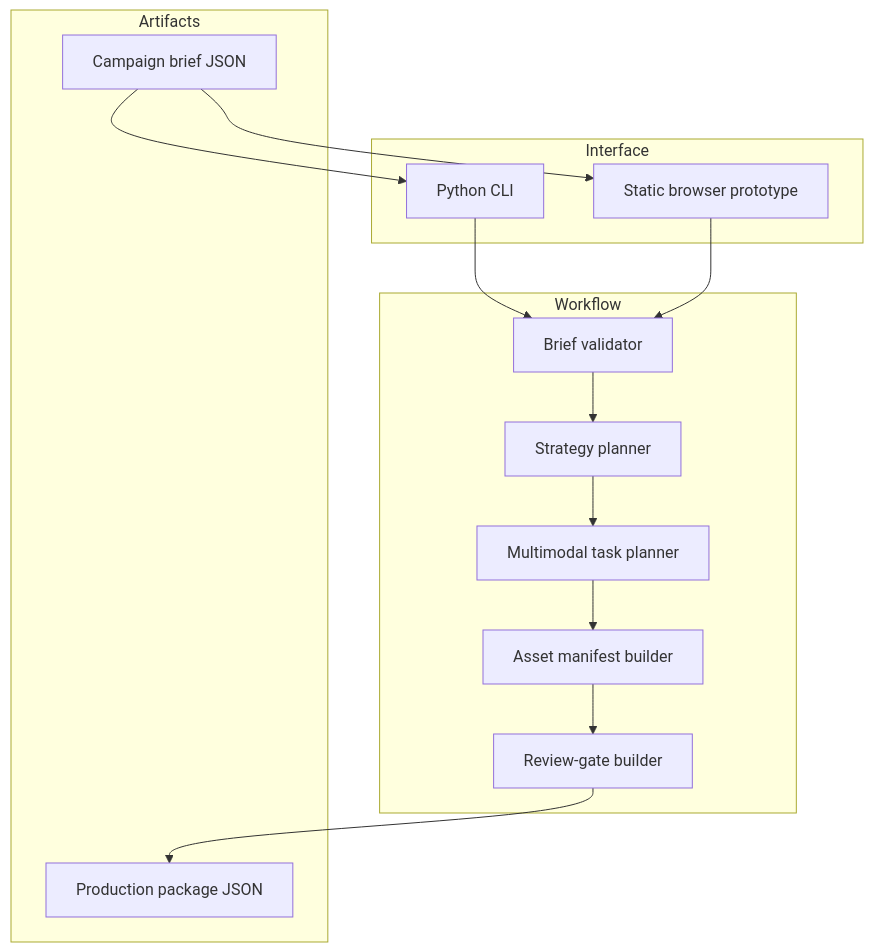
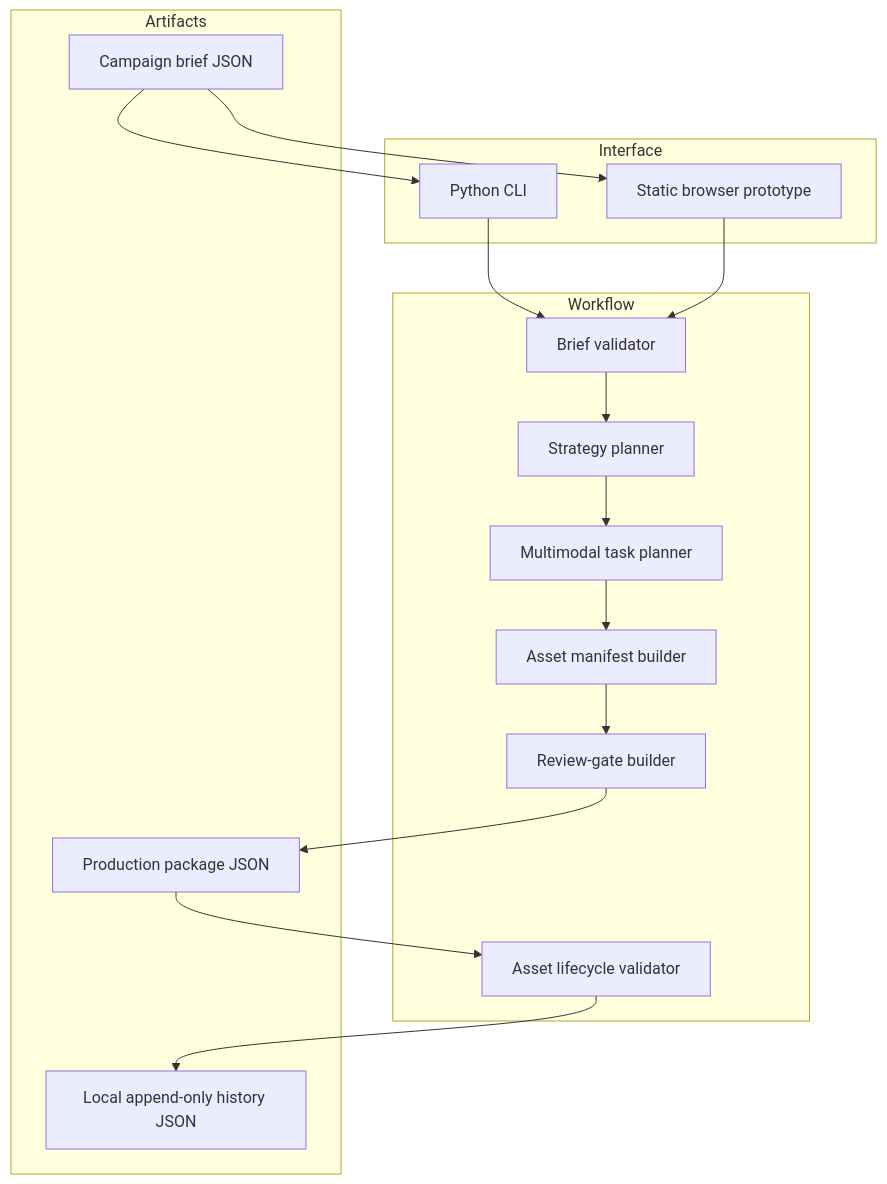
One commit to magicyao2028-pixel/aigc-content-production-studio changed the first of 2 diagrams in docs/ARCHITECTURE.md. Above: the diagram before and after it, drawn with Mermaid. The commit also changed other lines of this file and 17 other files, not shown here.

Commit message:
Add governed asset lifecycle history

````diff
--- a/docs/ARCHITECTURE.md
+++ b/docs/ARCHITECTURE.md
@@ -13,21 +13,24 @@
 ```mermaid
 flowchart TB
     subgraph Interface
       CLI[Python CLI]
       WEB[Static browser prototype]
     end
     subgraph Workflow
       V[Brief validator]
       S[Strategy planner]
       T[Multimodal task planner]
       M[Asset manifest builder]
       G[Review-gate builder]
+      L[Asset lifecycle validator]
     end
     subgraph Artifacts
       B[Campaign brief JSON]
       P[Production package JSON]
+      H[Local append-only history JSON]
     end
     B --> CLI --> V
     B --> WEB --> V
     V --> S --> T --> M --> G --> P
+    P --> L --> H
 ```
````
